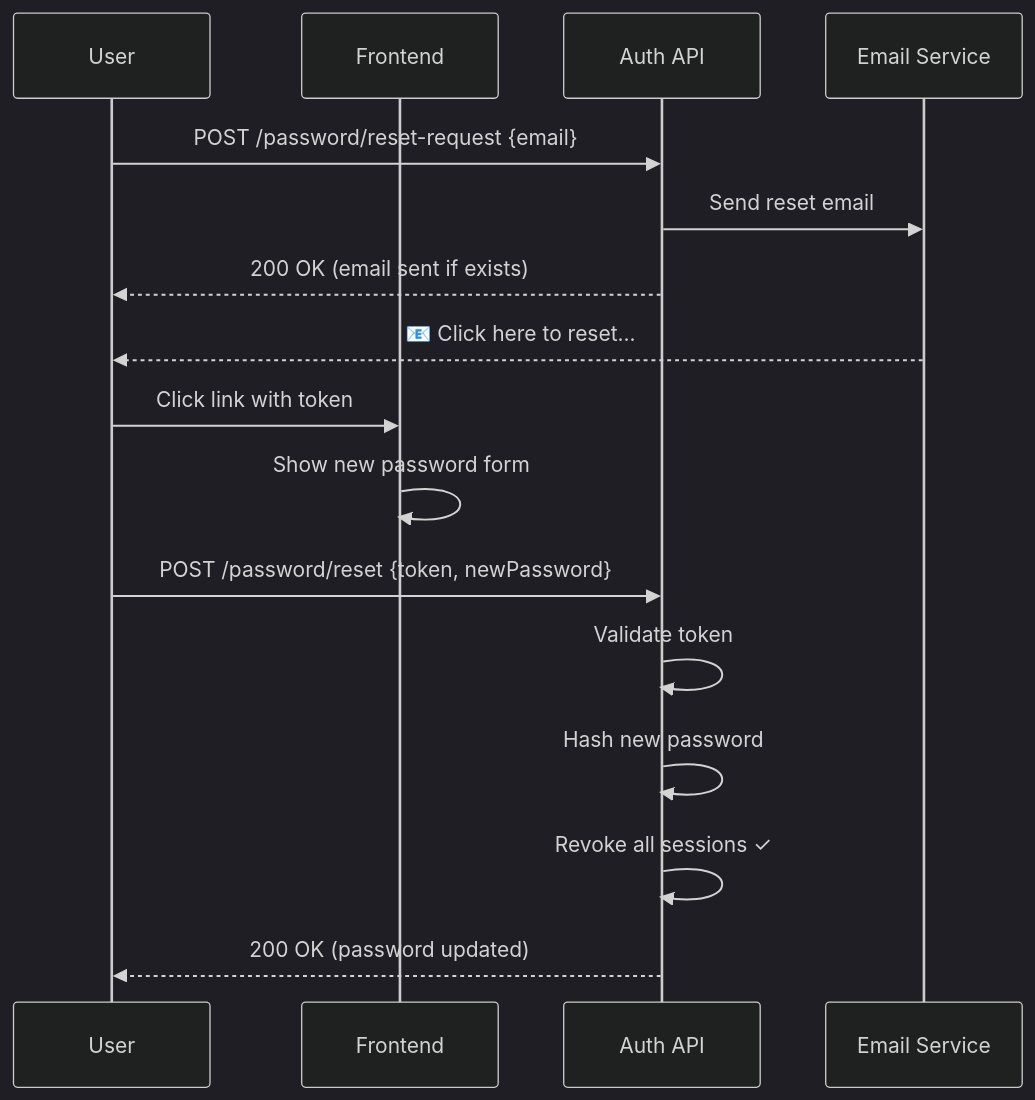
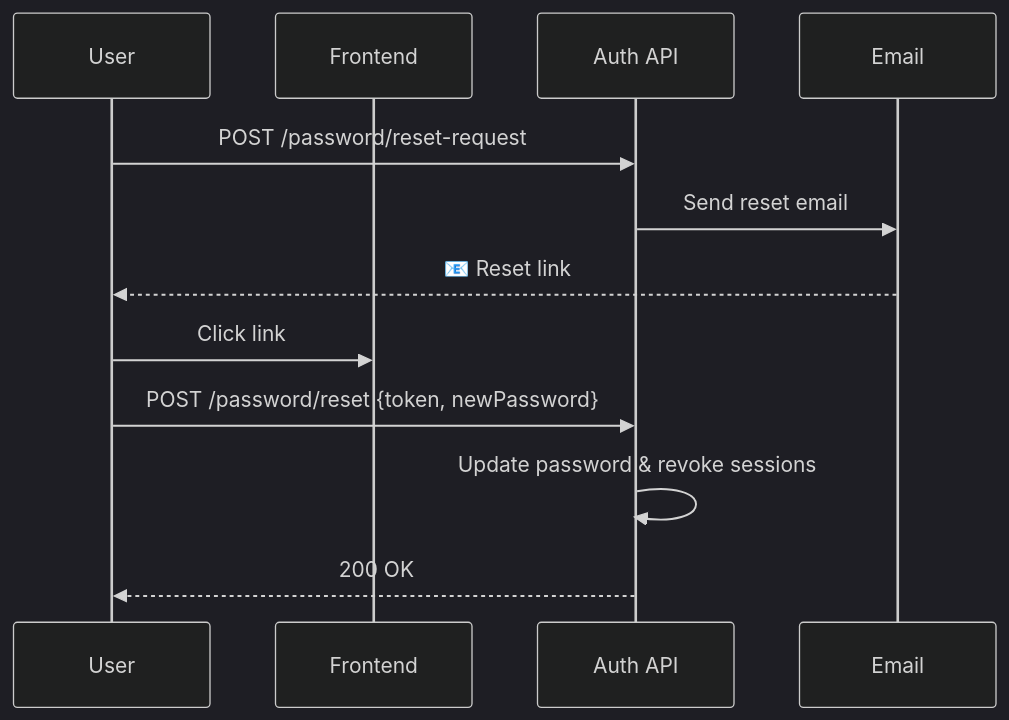
One commit to ivanhernandez-dev/auth-service changed the sixth of 8 diagrams in README.md. Above: the diagram before and after it, drawn with Mermaid (dark theme). The commit also changed other lines of this file and 1 other file, not shown here.

````diff
--- a/README.md
+++ b/README.md
@@ -205,18 +273,14 @@
 ```mermaid
 sequenceDiagram
     participant U as User
     participant F as Frontend
     participant A as Auth API
-    participant E as Email Service
-    U->>A: POST /password/reset-request {email}
+    participant E as Email
+    U->>A: POST /password/reset-request
     A->>E: Send reset email
-    A-->>U: 200 OK (email sent if exists)
-    E-->>U: 📧 Click here to reset...
-    U->>F: Click link with token
-    F->>F: Show new password form
+    E-->>U: 📧 Reset link
+    U->>F: Click link
     U->>A: POST /password/reset {token, newPassword}
-    A->>A: Validate token
-    A->>A: Hash new password
-    A->>A: Revoke all sessions ✓
-    A-->>U: 200 OK (password updated)
+    A->>A: Update password & revoke sessions
+    A-->>U: 200 OK
 ```
````
